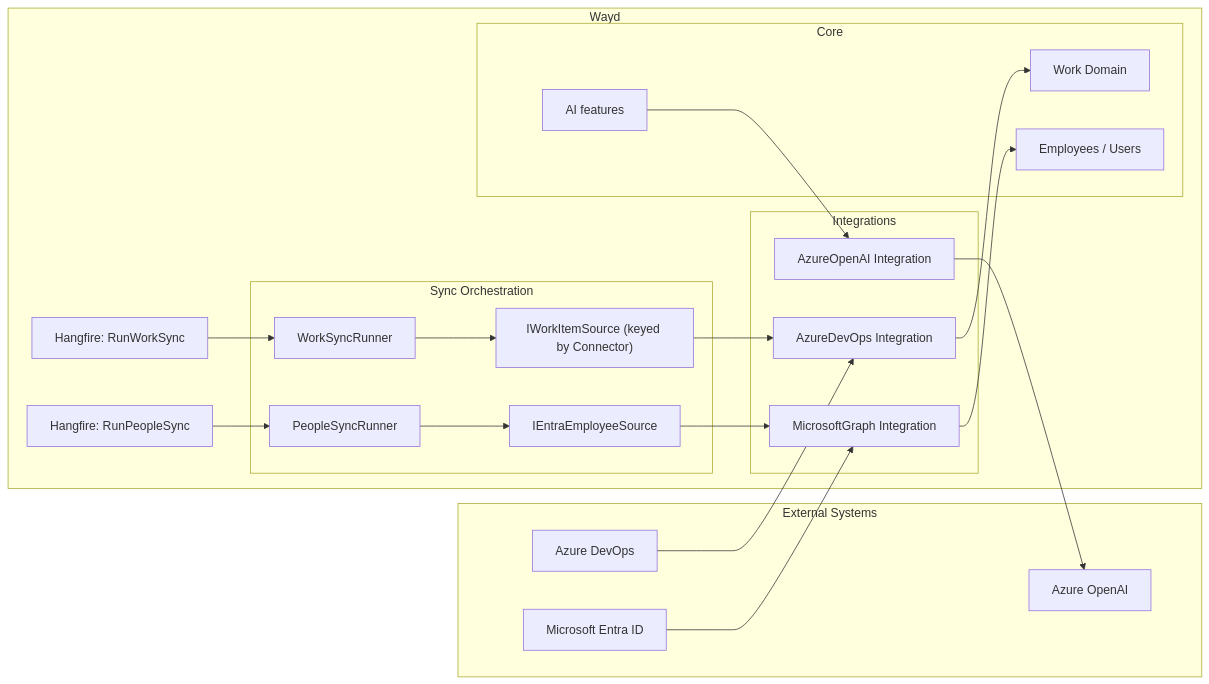
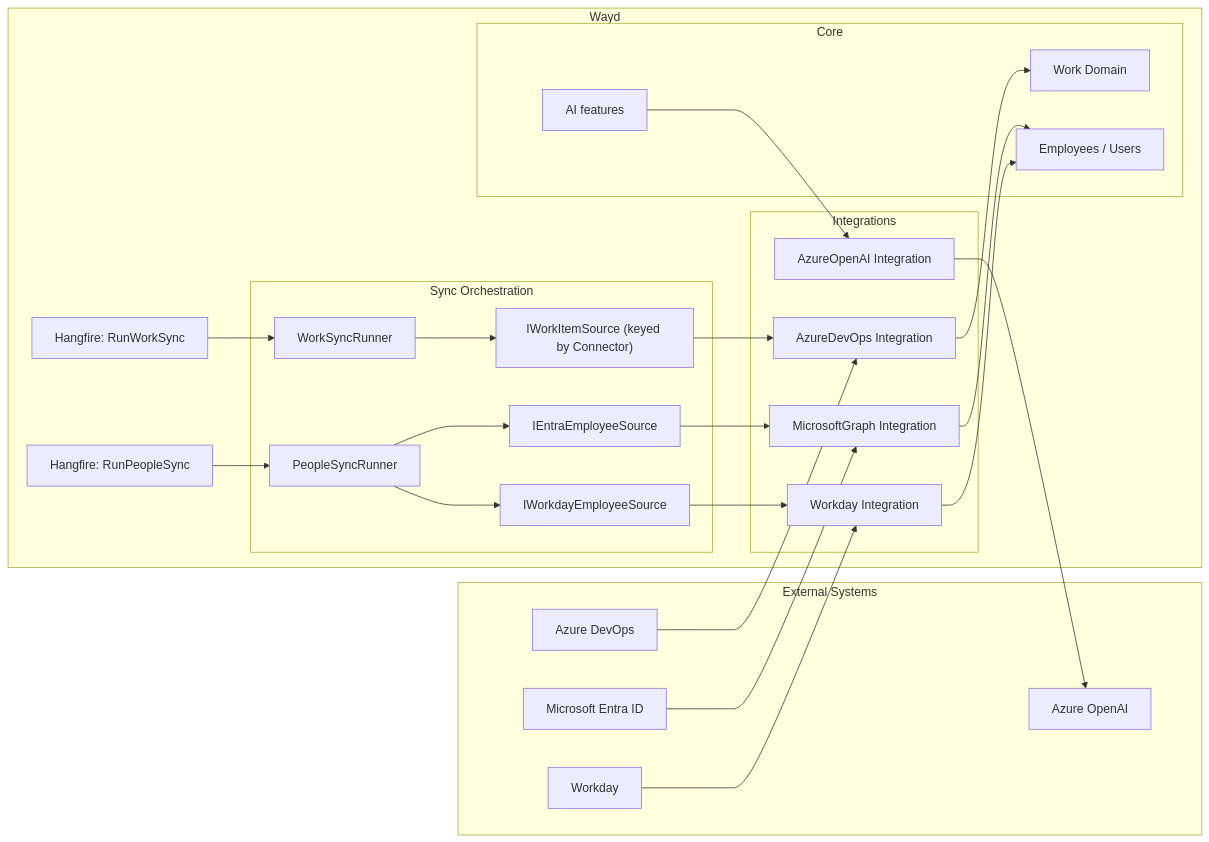
The diagram in docs/reference/integrations.mdx (destacey/Wayd), drawn with Mermaid before and after one commit. The commit also changed other lines of this file and 25 other files, not shown here.

First line of the commit message:
Add Workday integration with User_ID email fallback

````diff
--- a/docs/reference/integrations.mdx
+++ b/docs/reference/integrations.mdx
@@ -95,41 +148,48 @@
 ```mermaid
 graph LR
     subgraph "External Systems"
         ADO["Azure DevOps"]
         Entra["Microsoft Entra ID"]
+        Workday["Workday"]
         AOAI["Azure OpenAI"]
     end
     subgraph "Wayd"
         subgraph "Sync Orchestration"
             WorkRunner["WorkSyncRunner"]
             PeopleRunner["PeopleSyncRunner"]
             WorkSources["IWorkItemSource (keyed by Connector)"]
-            PeopleSources["IEntraEmployeeSource"]
+            EntraSource["IEntraEmployeeSource"]
+            WorkdaySource["IWorkdayEmployeeSource"]
         end
         subgraph "Integrations"
             ADOInt["AzureDevOps Integration"]
             GraphInt["MicrosoftGraph Integration"]
+            WorkdayInt["Workday Integration"]
             AOAIInt["AzureOpenAI Integration"]
         end
         subgraph "Core"
             Work["Work Domain"]
             People["Employees / Users"]
             AI["AI features"]
         end
         HFWork["Hangfire: RunWorkSync"]
         HFPeople["Hangfire: RunPeopleSync"]
     end
 
     HFWork --> WorkRunner
     HFPeople --> PeopleRunner
     WorkRunner --> WorkSources
-    PeopleRunner --> PeopleSources
+    PeopleRunner --> EntraSource
+    PeopleRunner --> WorkdaySource
     WorkSources --> ADOInt
-    PeopleSources --> GraphInt
+    EntraSource --> GraphInt
+    WorkdaySource --> WorkdayInt
     ADO --> ADOInt
     Entra --> GraphInt
+    Workday --> WorkdayInt
     ADOInt --> Work
     GraphInt --> People
+    WorkdayInt --> People
     AOAIInt --> AOAI
     AI --> AOAIInt
 ```
````
